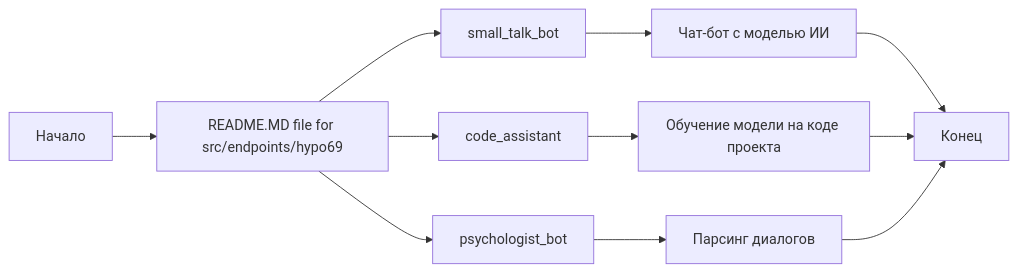
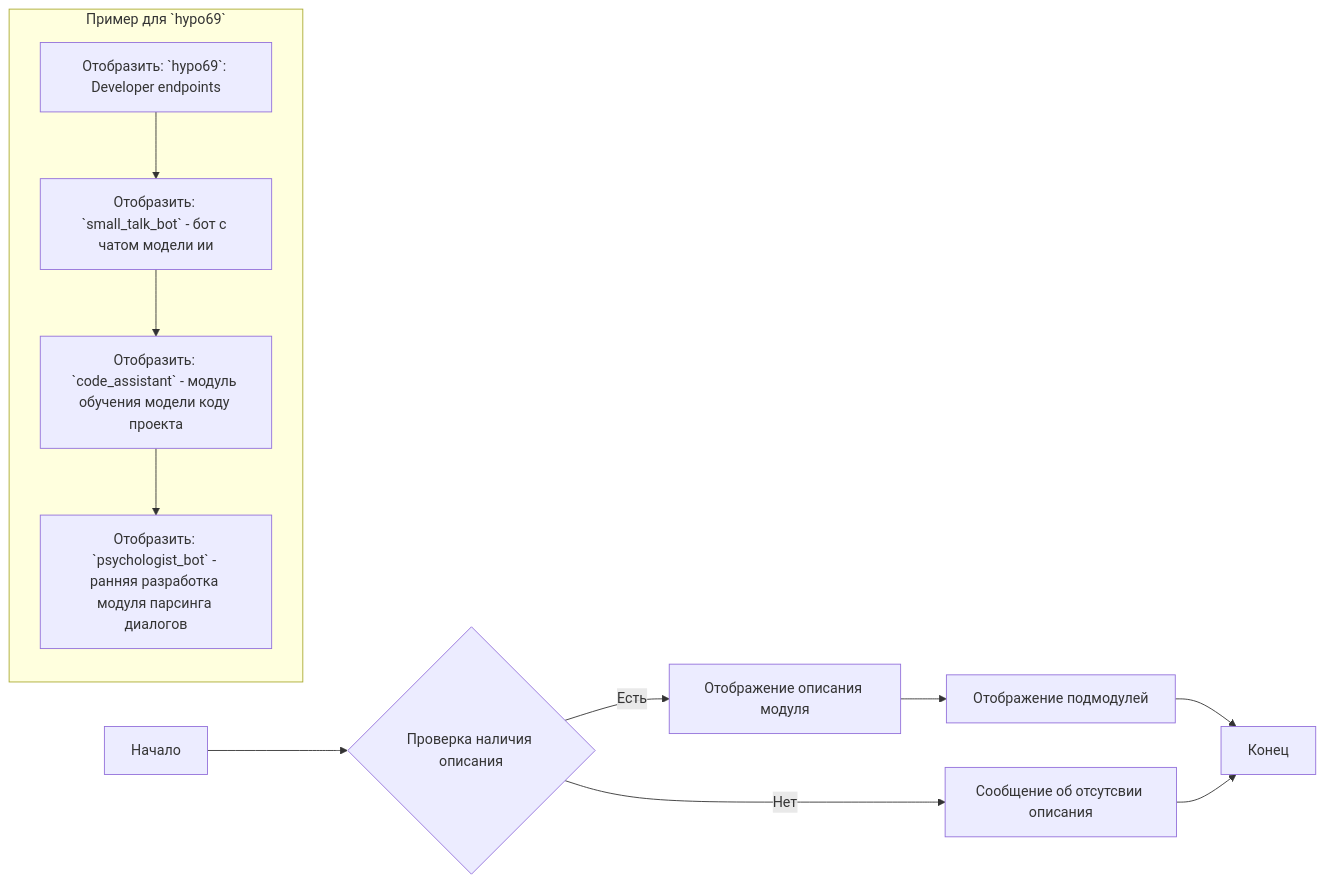
The first of 2 diagrams in docs/gemini/ru/explainer/src/endpoints/hypo69/README.MD.md (hypo69/hypo), drawn with Mermaid before and after one commit. The commit also changed other lines of this file and 1505 other files, not shown here.

````diff
--- a/docs/gemini/ru/explainer/src/endpoints/hypo69/README.MD.md
+++ b/docs/gemini/ru/explainer/src/endpoints/hypo69/README.MD.md
@@ -13,15 +9,15 @@
 ```mermaid
 graph LR
-    Start[Начало] --> Document[README.MD file for src/endpoints/hypo69]
-    Document --> Endpoint1[small_talk_bot]
-    Document --> Endpoint2[code_assistant]
-    Document --> Endpoint3[psychologist_bot]
-    Endpoint1 --> Description1[Чат-бот с моделью ИИ]
-    Endpoint2 --> Description2[Обучение модели на коде проекта]
-    Endpoint3 --> Description3[Парсинг диалогов]
-    Description1 --> End
-    Description2 --> End
-    Description3 --> End
-    End[Конец]
-
+    A[Начало] --> B{Проверка наличия описания};
+    B -- Есть --> C[Отображение описания модуля];
+    C --> D[Отображение подмодулей];
+    D --> E[Конец];
+    B -- Нет --> F[Сообщение об отсутсвии описания];
+    F --> E;
+    
+    subgraph "Пример для `hypo69`"
+    C1[Отобразить: `hypo69`: Developer endpoints] --> C2[Отобразить: `small_talk_bot` - бот с чатом модели ии]
+    C2 --> C3[Отобразить: `code_assistant` - модуль обучения модели коду проекта]
+    C3 --> C4[Отобразить: `psychologist_bot` - ранняя разработка модуля парсинга диалогов]
+    end
 ```
````
